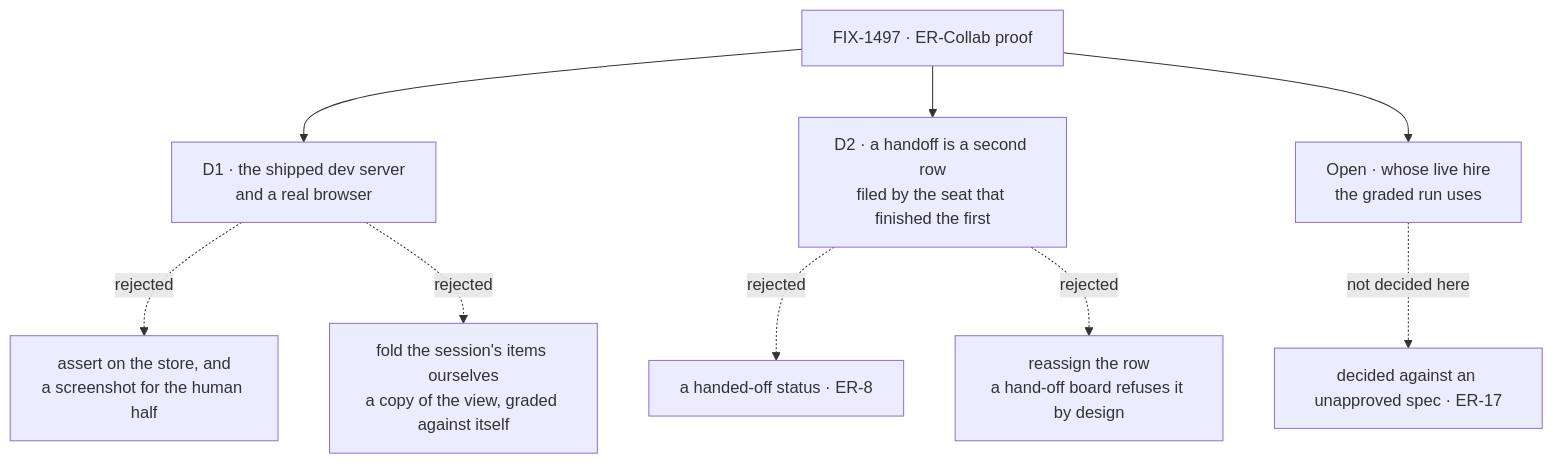
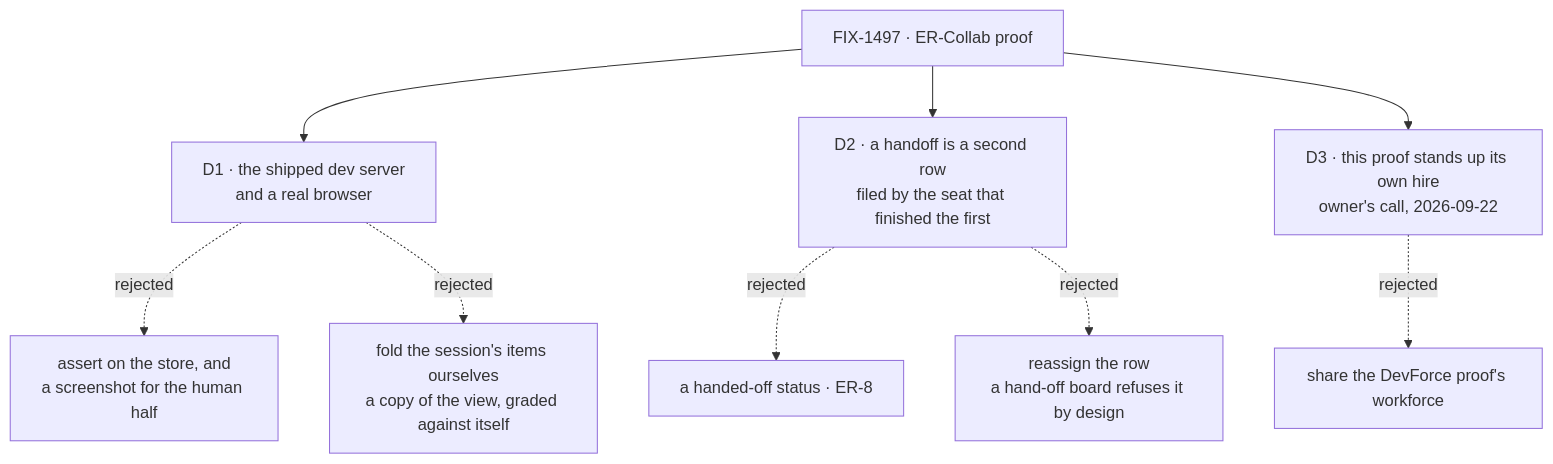
Before and after one commit to fixpoint-labs/flow-state-dev: the diagram in specs/issues/FIX-1497/DECISIONS.md, drawn with Mermaid. The commit also changed other lines of this file and 2 other files, not shown here.

First line of the commit message:
spec(FIX-1497): record the owner's answer on the hire question as D3

````diff
--- a/specs/issues/FIX-1497/DECISIONS.md
+++ b/specs/issues/FIX-1497/DECISIONS.md
@@ -10,11 +10,11 @@
 ```mermaid
 flowchart TD
   I["FIX-1497 · ER-Collab proof"] --> D1["D1 · the shipped dev server<br/>and a real browser"]
   D1 -.->|"rejected"| X1["assert on the store, and<br/>a screenshot for the human half"]
   D1 -.->|"rejected"| X2["fold the session's items ourselves<br/>a copy of the view, graded against itself"]
   I --> D2["D2 · a handoff is a second row<br/>filed by the seat that finished the first"]
   D2 -.->|"rejected"| X3["a handed-off status · ER-8"]
   D2 -.->|"rejected"| X4["reassign the row<br/>a hand-off board refuses it by design"]
-  I --> Q["Open · whose live hire<br/>the graded run uses"]
-  Q -.->|"not decided here"| X5["decided against an unapproved spec · ER-17"]
+  I --> D3["D3 · this proof stands up its own hire<br/>owner's call, 2026-09-22"]
+  D3 -.->|"rejected"| X5["share the DevForce proof's workforce"]
 ```
````
